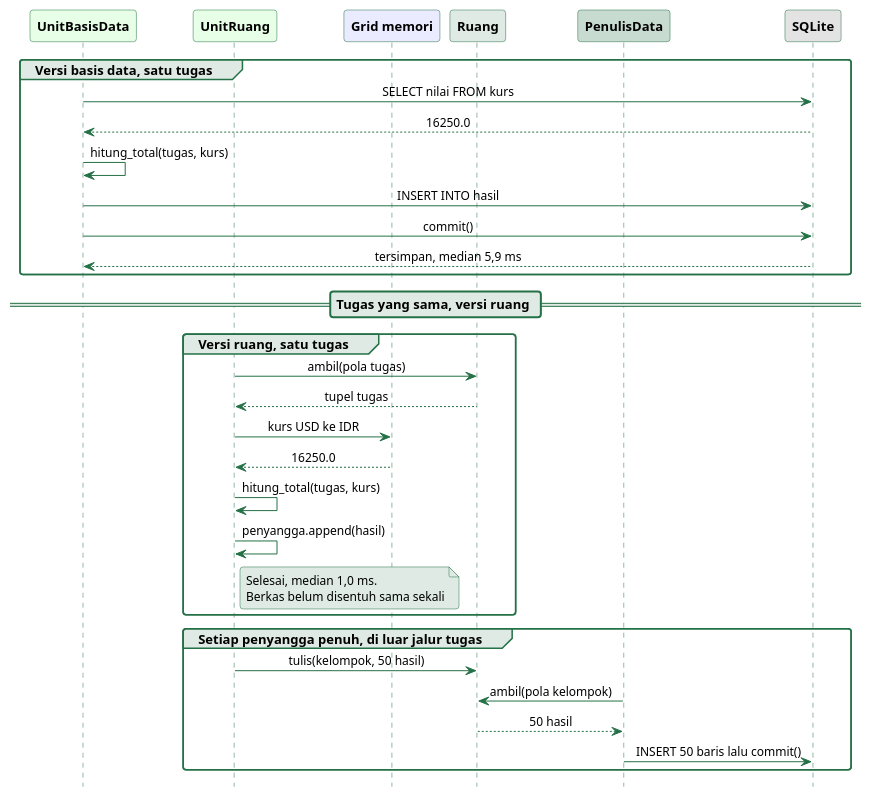
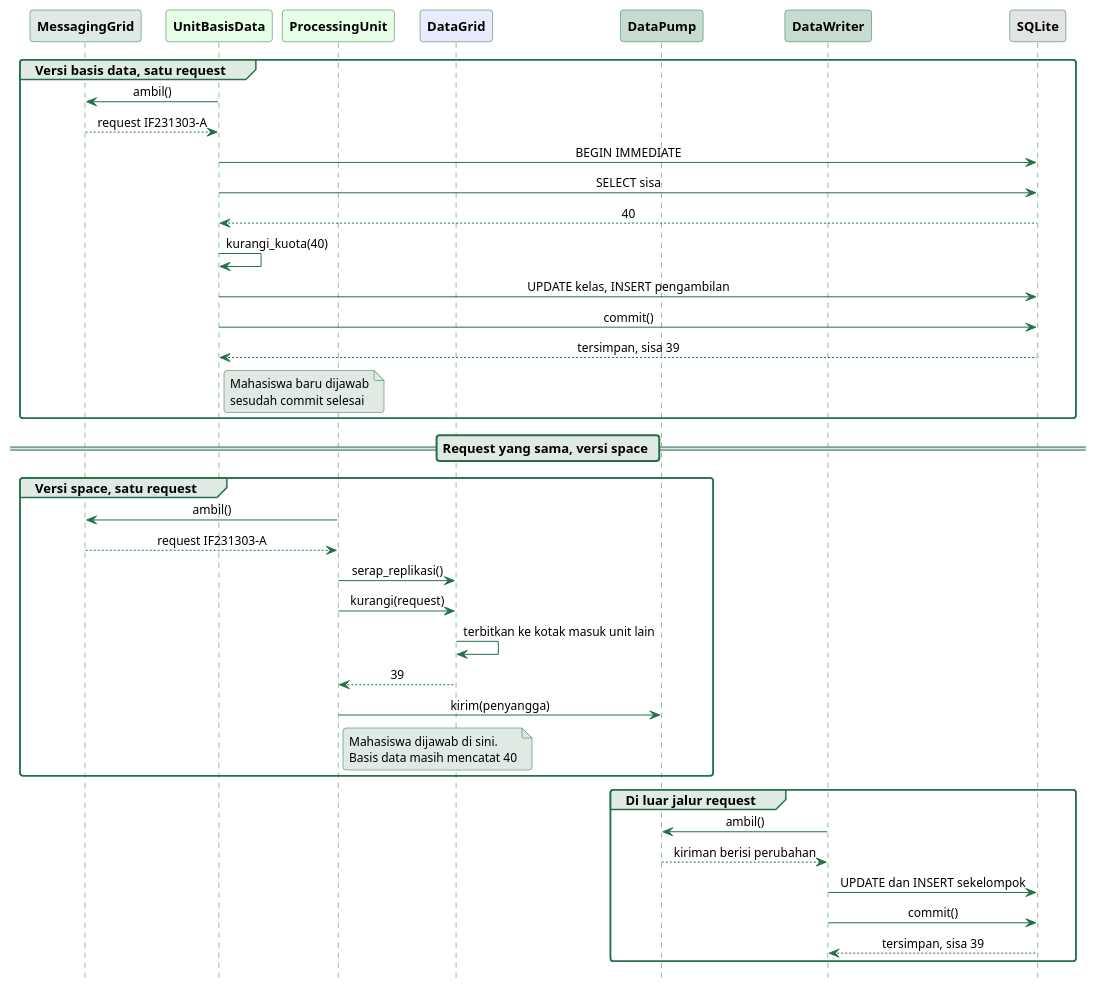
The diagram in sources/chapter08/diagram/sekuens-ruang.puml (alfa-yohannis/software-architecture), drawn with PlantUML before and after one commit. The commit also changed other lines of this file and 23 other files, not shown here.

```diff
--- a/sources/chapter08/diagram/sekuens-ruang.puml
+++ b/sources/chapter08/diagram/sekuens-ruang.puml
@@ -13,66 +16,76 @@
 @startuml
 skinparam backgroundColor transparent
 skinparam defaultFontName Titillium Web
 skinparam defaultFontSize 13
 skinparam shadowing false
 skinparam roundCorner 6
 skinparam sequenceMessageAlignment center
 skinparam sequence {
   ArrowColor #257147
   ArrowFontSize 12
   LifeLineBorderColor #257147
   LifeLineBackgroundColor #DEEAE3
   ParticipantBorderColor #257147
   ParticipantFontColor black
   ParticipantFontSize 13
   ParticipantFontStyle bold
   GroupBackgroundColor #DEEAE3
   GroupBorderColor #257147
   DividerBackgroundColor #DEEAE3
   DividerBorderColor #257147
 }
 skinparam note {
   BackgroundColor #DEEAE3
   BorderColor #257147
   FontSize 12
 }
 hide footbox
 
+participant MessagingGrid as M #DEEAE3
 participant UnitBasisData as UB #E6FFE6
-participant UnitRuang as UR #E6FFE6
-participant "Grid memori" as G #EBEBFF
-participant Ruang as R #DEEAE3
-participant PenulisData as P #C8DBD1
-participant "SQLite" as D #E3E3E3
+participant ProcessingUnit as PU #E6FFE6
+participant DataGrid as G #EBEBFF
+participant DataPump as P #C8DBD1
+participant DataWriter as W #C8DBD1
+participant SQLite as D #E3E3E3
 
-group Versi basis data, satu tugas
-  UB -> D : SELECT nilai FROM kurs
-  D --> UB : 16250.0
-  UB -> UB : hitung_total(tugas, kurs)
-  UB -> D : INSERT INTO hasil
+group Versi basis data, satu request
+  UB -> M : ambil()
+  M --> UB : request IF231303-A
+  UB -> D : BEGIN IMMEDIATE
+  UB -> D : SELECT sisa
+  D --> UB : 40
+  UB -> UB : kurangi_kuota(40)
+  UB -> D : UPDATE kelas, INSERT pengambilan
   UB -> D : commit()
-  D --> UB : tersimpan, median 5,9 ms
-end
-
-== Tugas yang sama, versi ruang ==
-
-group Versi ruang, satu tugas
-  UR -> R : ambil(pola tugas)
-  R --> UR : tupel tugas
-  UR -> G : kurs USD ke IDR
-  G --> UR : 16250.0
-  UR -> UR : hitung_total(tugas, kurs)
-  UR -> UR : penyangga.append(hasil)
-  note right of UR
-    Selesai, median 1,0 ms.
-    Berkas belum disentuh sama sekali
+  D --> UB : tersimpan, sisa 39
+  note right of UB
+    Mahasiswa baru dijawab
+    sesudah commit selesai
   end note
 end
 
-group Setiap penyangga penuh, di luar jalur tugas
-  UR -> R : tulis(kelompok, 50 hasil)
-  P -> R : ambil(pola kelompok)
-  R --> P : 50 hasil
-  P -> D : INSERT 50 baris lalu commit()
+== Request yang sama, versi space ==
+
+group Versi space, satu request
+  PU -> M : ambil()
+  M --> PU : request IF231303-A
+  PU -> G : serap_replikasi()
+  PU -> G : kurangi(request)
+  G -> G : terbitkan ke kotak masuk unit lain
+  G --> PU : 39
+  PU -> P : kirim(penyangga)
+  note right of PU
+    Mahasiswa dijawab di sini.
+    Basis data masih mencatat 40
+  end note
+end
+
+group Di luar jalur request
+  W -> P : ambil()
+  P --> W : kiriman berisi perubahan
+  W -> D : UPDATE dan INSERT sekelompok
+  W -> D : commit()
+  D --> W : tersimpan, sisa 39
 end
 @enduml
```
